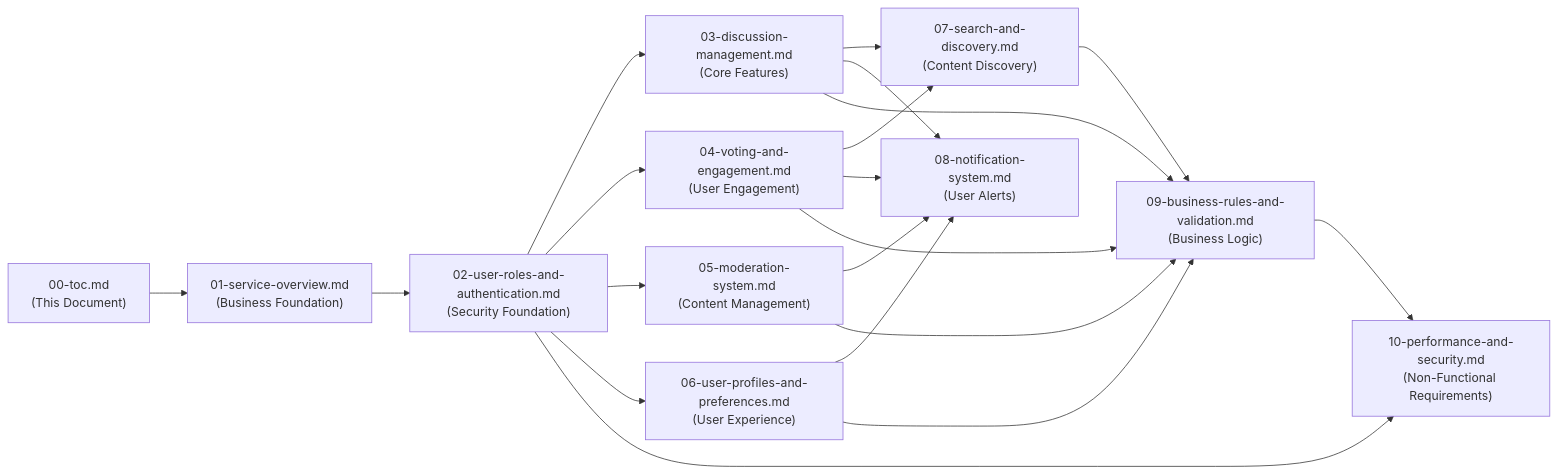
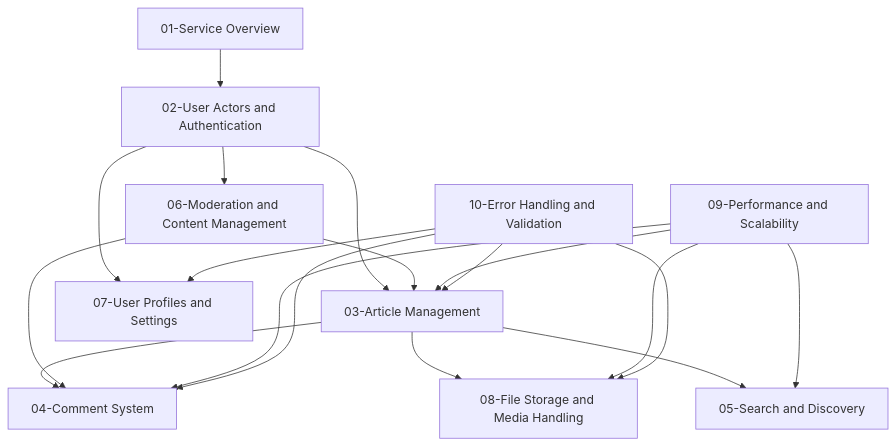
Before and after one commit to wrtnlabs/autobe-examples: the diagram in anthropic/claude-sonnet-4.5/bbs/docs/analysis/00-toc.md, drawn with Mermaid. The commit also changed other lines of this file and 16146 other files, not shown here.

````diff
--- a/anthropic/claude-sonnet-4.5/bbs/docs/analysis/00-toc.md
+++ b/anthropic/claude-sonnet-4.5/bbs/docs/analysis/00-toc.md
@@ -304,28 +241,31 @@
 ```mermaid
-graph LR
-    A["00-toc.md<br/>(This Document)"] --> B["01-service-overview.md<br/>(Business Foundation)"]
+graph TB
+    A["01-Service Overview"]
+    B["02-User Actors and Authentication"]
+    C["03-Article Management"]
+    D["04-Comment System"]
+    E["05-Search and Discovery"]
+    F["06-Moderation and Content Management"]
+    G["07-User Profiles and Settings"]
+    H["08-File Storage and Media Handling"]
+    I["09-Performance and Scalability"]
+    J["10-Error Handling and Validation"]
     
-    B --> C["02-user-roles-and-authentication.md<br/>(Security Foundation)"]
-    
-    C --> D["03-discussion-management.md<br/>(Core Features)"]
-    C --> E["04-voting-and-engagement.md<br/>(User Engagement)"]
-    C --> F["05-moderation-system.md<br/>(Content Management)"]
-    C --> G["06-user-profiles-and-preferences.md<br/>(User Experience)"]
-    
-    D --> H["07-search-and-discovery.md<br/>(Content Discovery)"]
-    E --> H
-    
-    D --> I["08-notification-system.md<br/>(User Alerts)"]
-    E --> I
-    F --> I
-    G --> I
-    
-    D --> J["09-business-rules-and-validation.md<br/>(Business Logic)"]
-    E --> J
-    F --> J
-    G --> J
-    H --> J
-    
-    C --> K["10-performance-and-security.md<br/>(Non-Functional Requirements)"]
-    J --> K
+    A --> B
+    B --> C
+    B --> G
+    C --> D
+    C --> H
+    C --> E
+    B --> F
+    F --> C
+    F --> D
+    I --> C
+    I --> D
+    I --> E
+    I --> H
+    J --> C
+    J --> D
+    J --> G
+    J --> H
 ```
````
